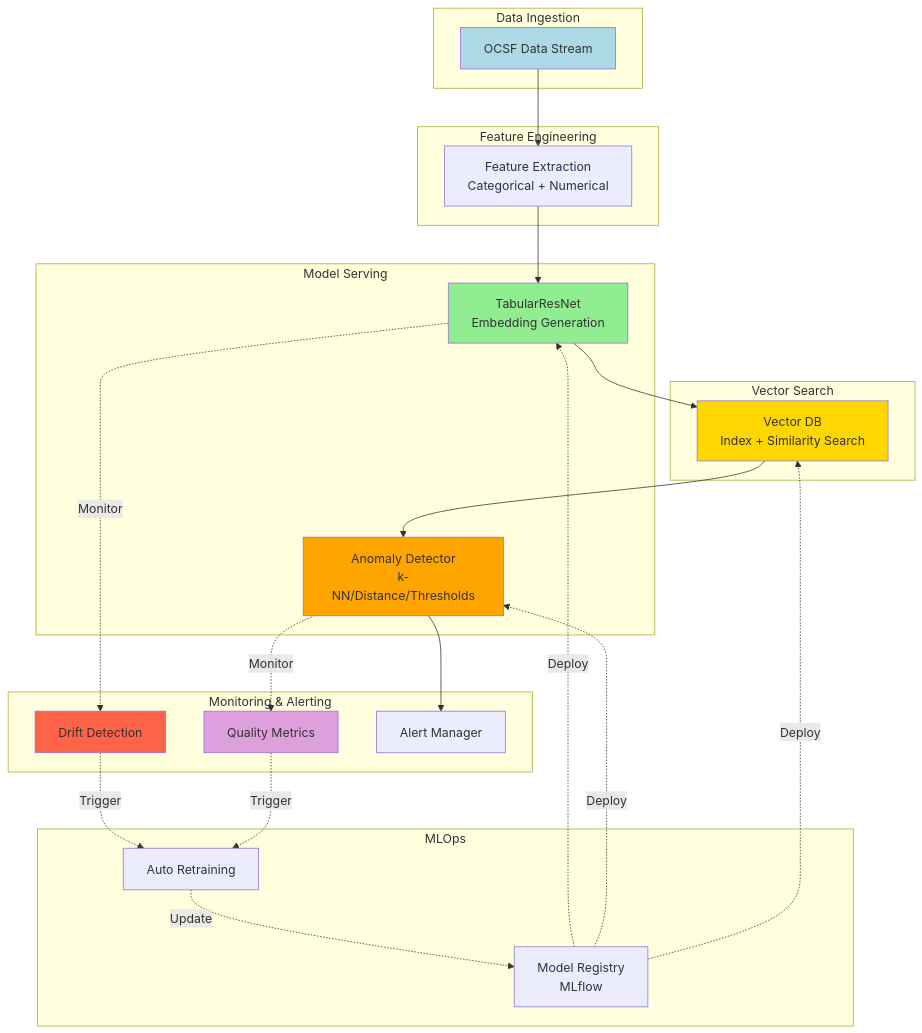
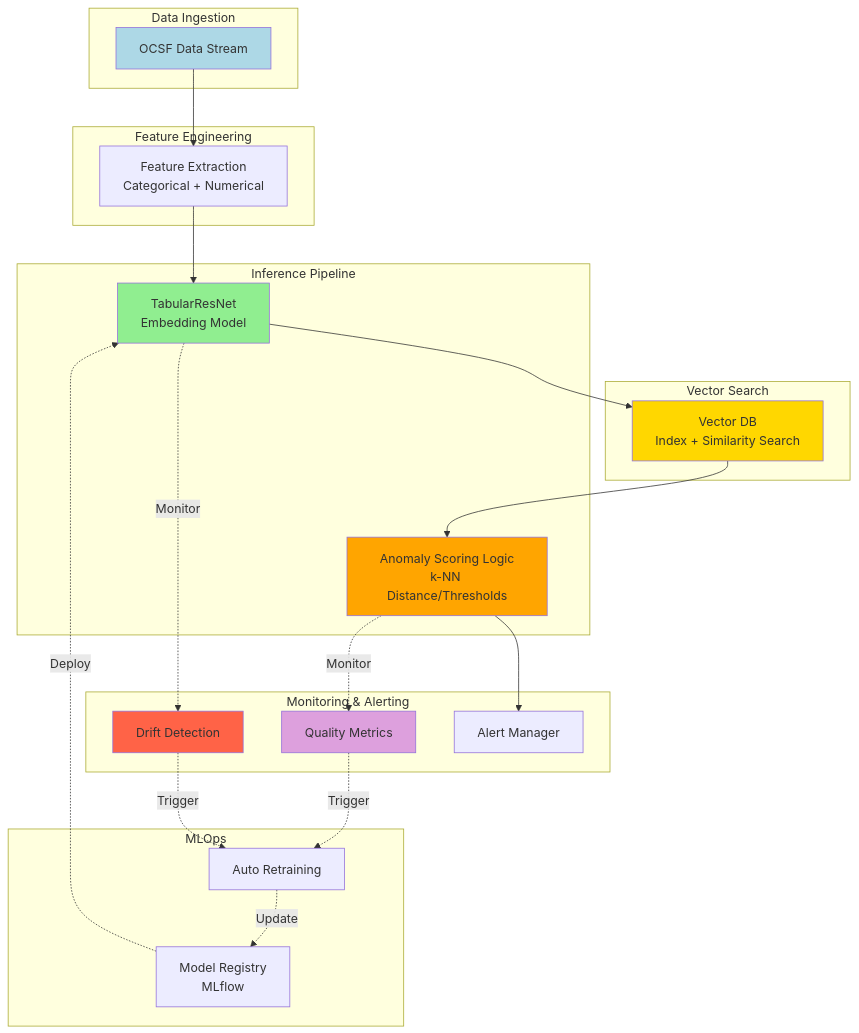
One commit to snowch/snowch.github.io changed the diagram in ai-eng/embedding-anomaly-detection/index.md. Above: the diagram before and after it, drawn with Mermaid. The commit also changed other lines of this file, not shown here.

Commit message:
Clarify anomaly detector is logic, not a model, in index diagram
Changes to system architecture diagram and description:
1. Renamed "Model Serving" → "Inference Pipeline" (more accurate)
2. Changed "Anomaly Detector" → "Anomaly Scoring Logic" to emphasize it's just code
3. Updated description: "Simple code logic computes scores...NOT a separate ML model, just threshold-based calculations"
4. Removed incorrect Model Registry → Detector/VectorDB deploy arrows (only embedding model gets deployed from registry)
5. Updated diagram legend: "Orange=Scoring logic (not a model)"

This reinforces the key architectural principle: TabularResNet is the ONLY ML model - detection happens through simple vector distance calculations, not another model.

````diff
--- a/ai-eng/embedding-anomaly-detection/index.md
+++ b/ai-eng/embedding-anomaly-detection/index.md
@@ -214,54 +214,52 @@
 ```{mermaid}
 graph TB
     subgraph "Data Ingestion"
         OCSF[OCSF Data Stream]
     end
 
     subgraph "Feature Engineering"
         Preprocessor[Feature Extraction<br/>Categorical + Numerical]
     end
 
     subgraph "Vector Search"
         VectorDB[Vector DB<br/>Index + Similarity Search]
     end
 
-    subgraph "Model Serving"
-        Embedding[TabularResNet<br/>Embedding Generation]
-        Detector[Anomaly Detector<br/>k-NN/Distance/Thresholds]
+    subgraph "Inference Pipeline"
+        Embedding[TabularResNet<br/>Embedding Model]
+        Detector[Anomaly Scoring Logic<br/>k-NN Distance/Thresholds]
     end
 
     subgraph "Monitoring & Alerting"
         Drift[Drift Detection]
         Metrics[Quality Metrics]
         Alerts[Alert Manager]
     end
 
     subgraph "MLOps"
         Registry[Model Registry<br/>MLflow]
         Retraining[Auto Retraining]
     end
 
     OCSF --> Preprocessor
     Preprocessor --> Embedding
     Embedding --> VectorDB
     VectorDB --> Detector
     Detector --> Alerts
 
     Embedding -.Monitor.-> Drift
     Detector -.Monitor.-> Metrics
 
     Drift -.Trigger.-> Retraining
     Metrics -.Trigger.-> Retraining
 
     Retraining -.Update.-> Registry
     Registry -.Deploy.-> Embedding
-    Registry -.Deploy.-> Detector
-    Registry -.Deploy.-> VectorDB
 
     style OCSF fill:#ADD8E6
     style Embedding fill:#90EE90
     style VectorDB fill:#FFD700
     style Detector fill:#FFA500
     style Drift fill:#FF6347
     style Metrics fill:#DDA0DD
 ```
````
